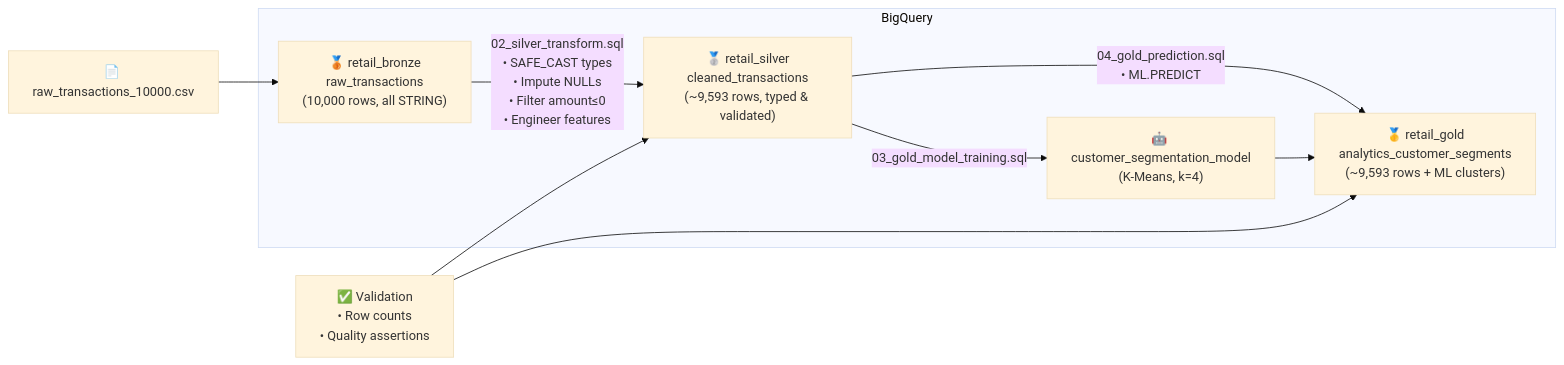
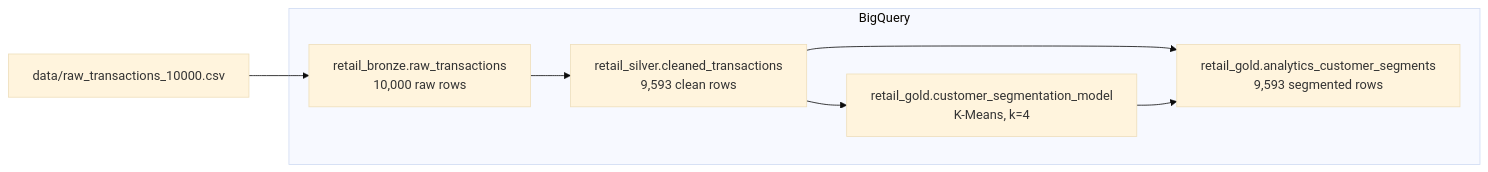
Before and after one commit to godfreylehokoG/incubeta-de-screening: the diagram in README.md, drawn with Mermaid (base theme). The commit also changed other lines of this file, not shown here.

Commit message:
Clean up README documentation

````diff
--- a/README.md
+++ b/README.md
@@ -7,19 +9,16 @@
 ```mermaid
 graph LR
-    CSV["📄 raw_transactions_10000.csv"] --> Bronze
+    CSV["data/raw_transactions_10000.csv"] --> Bronze
 
     subgraph BigQuery
-        Bronze["🥉 retail_bronze\nraw_transactions\n(10,000 rows, all STRING)"]
-        Silver["🥈 retail_silver\ncleaned_transactions\n(~9,593 rows, typed & validated)"]
-        Gold["🥇 retail_gold\nanalytics_customer_segments\n(~9,593 rows + ML clusters)"]
-        Model["🤖 customer_segmentation_model\n(K-Means, k=4)"]
+        Bronze["retail_bronze.raw_transactions<br/>10,000 raw rows"]
+        Silver["retail_silver.cleaned_transactions<br/>9,593 clean rows"]
+        Model["retail_gold.customer_segmentation_model<br/>K-Means, k=4"]
+        Gold["retail_gold.analytics_customer_segments<br/>9,593 segmented rows"]
 
-        Bronze -->|"02_silver_transform.sql\n• SAFE_CAST types\n• Impute NULLs\n• Filter amount≤0\n• Engineer features"| Silver
-        Silver -->|"03_gold_model_training.sql"| Model
-        Silver -->|"04_gold_prediction.sql\n• ML.PREDICT"| Gold
+        Bronze --> Silver
+        Silver --> Model
+        Silver --> Gold
         Model --> Gold
     end
-
-    Validation["✅ Validation\n• Row counts\n• Quality assertions"] --> Silver
-    Validation --> Gold
 ```
````
